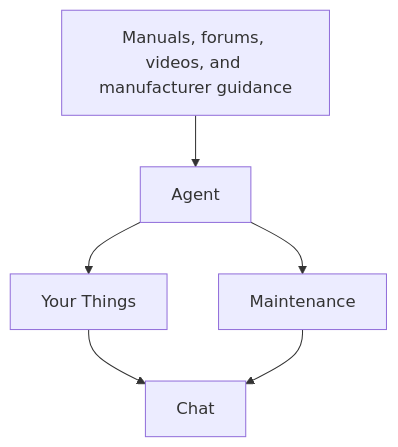
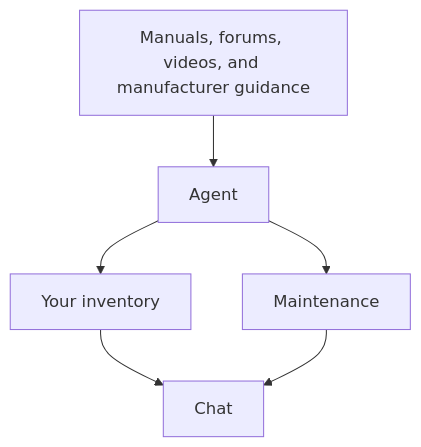
Before and after one commit to deodad/moe: the first of 9 diagrams in vision.md, drawn with Mermaid. The commit also changed other lines of this file and 94 other files, not shown here.

````diff
--- a/vision.md
+++ b/vision.md
@@ -9,8 +9,8 @@
 ```mermaid
 flowchart TD
     K[Manuals, forums, videos, and manufacturer guidance] --> A[Agent]
-    A --> T[Your Things]
+    A --> T[Your inventory]
     A --> M[Maintenance]
     T --> C[Chat]
     M --> C
 ```
````
